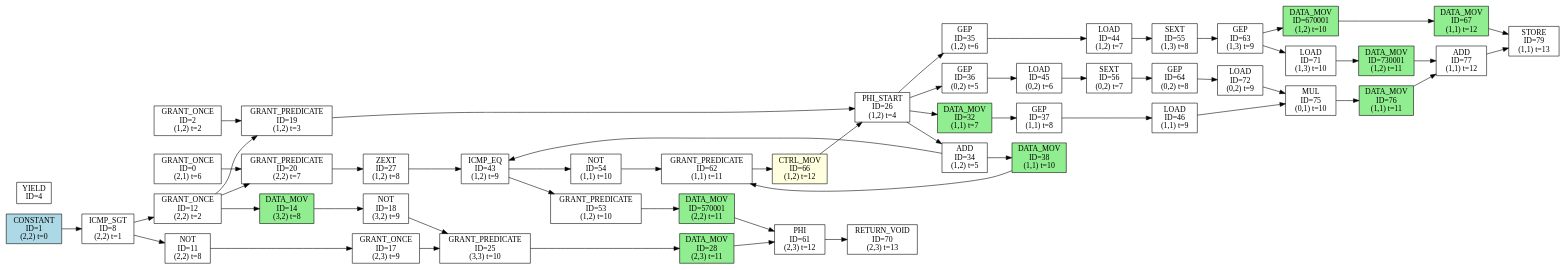
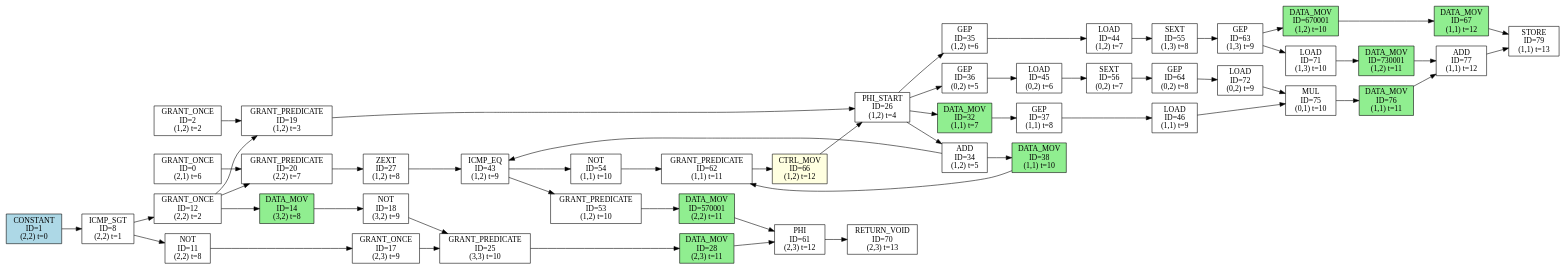
One commit to sarchlab/Zeonica_Testbench changed the diagram in kernel/spmv/spmv-dfg.dot. Above: the diagram before and after it, drawn with Graphviz. The commit also changed 1 other file, not shown here.

```diff
--- a/kernel/spmv/spmv-dfg.dot
+++ b/kernel/spmv/spmv-dfg.dot
@@ -1,102 +1,101 @@
 digraph DFG {
   rankdir=LR;
   node [shape=box, style=filled];
   n0 [label="GRANT_ONCE\nID=0\n(2,1) t=6", fillcolor=white];
   n1 [label="CONSTANT\nID=1\n(2,2) t=0", fillcolor=lightblue];
   n2 [label="GRANT_ONCE\nID=2\n(1,2) t=2", fillcolor=white];
-  n4 [label="YIELD\nID=4", fillcolor=white];
   n8 [label="ICMP_SGT\nID=8\n(2,2) t=1", fillcolor=white];
   n11 [label="NOT\nID=11\n(2,2) t=8", fillcolor=white];
   n12 [label="GRANT_ONCE\nID=12\n(2,2) t=2", fillcolor=white];
   n14 [label="DATA_MOV\nID=14\n(3,2) t=8", fillcolor=lightgreen];
   n17 [label="GRANT_ONCE\nID=17\n(2,3) t=9", fillcolor=white];
   n18 [label="NOT\nID=18\n(3,2) t=9", fillcolor=white];
   n19 [label="GRANT_PREDICATE\nID=19\n(1,2) t=3", fillcolor=white];
   n20 [label="GRANT_PREDICATE\nID=20\n(2,2) t=7", fillcolor=white];
   n25 [label="GRANT_PREDICATE\nID=25\n(3,3) t=10", fillcolor=white];
   n26 [label="PHI_START\nID=26\n(1,2) t=4", fillcolor=white];
   n27 [label="ZEXT\nID=27\n(1,2) t=8", fillcolor=white];
   n28 [label="DATA_MOV\nID=28\n(2,3) t=11", fillcolor=lightgreen];
   n32 [label="DATA_MOV\nID=32\n(1,1) t=7", fillcolor=lightgreen];
   n34 [label="ADD\nID=34\n(1,2) t=5", fillcolor=white];
   n35 [label="GEP\nID=35\n(1,2) t=6", fillcolor=white];
   n36 [label="GEP\nID=36\n(0,2) t=5", fillcolor=white];
   n37 [label="GEP\nID=37\n(1,1) t=8", fillcolor=white];
   n38 [label="DATA_MOV\nID=38\n(1,1) t=10", fillcolor=lightgreen];
   n43 [label="ICMP_EQ\nID=43\n(1,2) t=9", fillcolor=white];
   n44 [label="LOAD\nID=44\n(1,2) t=7", fillcolor=white];
   n45 [label="LOAD\nID=45\n(0,2) t=6", fillcolor=white];
   n46 [label="LOAD\nID=46\n(1,1) t=9", fillcolor=white];
   n53 [label="GRANT_PREDICATE\nID=53\n(1,2) t=10", fillcolor=white];
   n54 [label="NOT\nID=54\n(1,1) t=10", fillcolor=white];
   n55 [label="SEXT\nID=55\n(1,3) t=8", fillcolor=white];
   n56 [label="SEXT\nID=56\n(0,2) t=7", fillcolor=white];
   n61 [label="PHI\nID=61\n(2,3) t=12", fillcolor=white];
   n62 [label="GRANT_PREDICATE\nID=62\n(1,1) t=11", fillcolor=white];
   n63 [label="GEP\nID=63\n(1,3) t=9", fillcolor=white];
   n64 [label="GEP\nID=64\n(0,2) t=8", fillcolor=white];
   n66 [label="CTRL_MOV\nID=66\n(1,2) t=12", fillcolor=lightyellow];
   n67 [label="DATA_MOV\nID=67\n(1,1) t=12", fillcolor=lightgreen];
   n70 [label="RETURN_VOID\nID=70\n(2,3) t=13", fillcolor=white];
   n71 [label="LOAD\nID=71\n(1,3) t=10", fillcolor=white];
   n72 [label="LOAD\nID=72\n(0,2) t=9", fillcolor=white];
   n75 [label="MUL\nID=75\n(0,1) t=10", fillcolor=white];
   n76 [label="DATA_MOV\nID=76\n(1,1) t=11", fillcolor=lightgreen];
   n77 [label="ADD\nID=77\n(1,1) t=12", fillcolor=white];
   n79 [label="STORE\nID=79\n(1,1) t=13", fillcolor=white];
   n570001 [label="DATA_MOV\nID=570001\n(2,2) t=11", fillcolor=lightgreen];
   n670001 [label="DATA_MOV\nID=670001\n(1,2) t=10", fillcolor=lightgreen];
   n730001 [label="DATA_MOV\nID=730001\n(1,2) t=11", fillcolor=lightgreen];
   n12 -> n14;
   n14 -> n18;
   n66 -> n26;
   n26 -> n32;
   n32 -> n37;
   n75 -> n76;
   n76 -> n77;
   n34 -> n38;
   n38 -> n62;
   n62 -> n66;
   n25 -> n28;
   n28 -> n61;
   n71 -> n730001;
   n63 -> n670001;
   n670001 -> n67;
   n67 -> n79;
   n53 -> n570001;
   n77 -> n79;
   n730001 -> n77;
   n56 -> n64;
   n20 -> n27;
   n17 -> n25;
   n44 -> n55;
   n26 -> n34;
   n54 -> n62;
   n12 -> n20;
   n72 -> n75;
   n12 -> n19;
   n11 -> n17;
   n37 -> n46;
   n19 -> n26;
   n46 -> n75;
   n64 -> n72;
   n8 -> n12;
   n34 -> n43;
   n18 -> n25;
   n45 -> n56;
   n63 -> n71;
   n8 -> n11;
   n2 -> n19;
   n61 -> n70;
   n1 -> n8;
   n0 -> n20;
   n26 -> n35;
   n55 -> n63;
   n26 -> n36;
   n27 -> n43;
   n35 -> n44;
   n36 -> n45;
   n43 -> n53;
   n43 -> n54;
   n570001 -> n61;
 }
```
